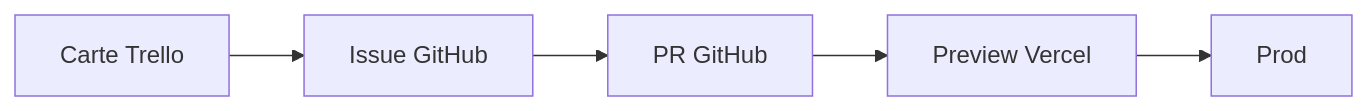
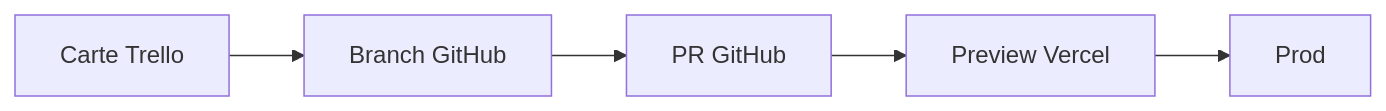
One commit to Adrien490/bloc-3 changed the third of 5 diagrams in slides.md. Above: the diagram before and after it, drawn with Mermaid. The commit also changed other lines of this file and 1 other file, not shown here.

````diff
--- a/slides.md
+++ b/slides.md
@@ -434,7 +412,7 @@
 ```mermaid
 graph LR
-    A[Carte Trello] --> B[Issue GitHub]
+    A[Carte Trello] --> B[Branch GitHub]
     B --> C[PR GitHub]
     C --> D[Preview Vercel]
     D --> E[Prod]
 ```
````
